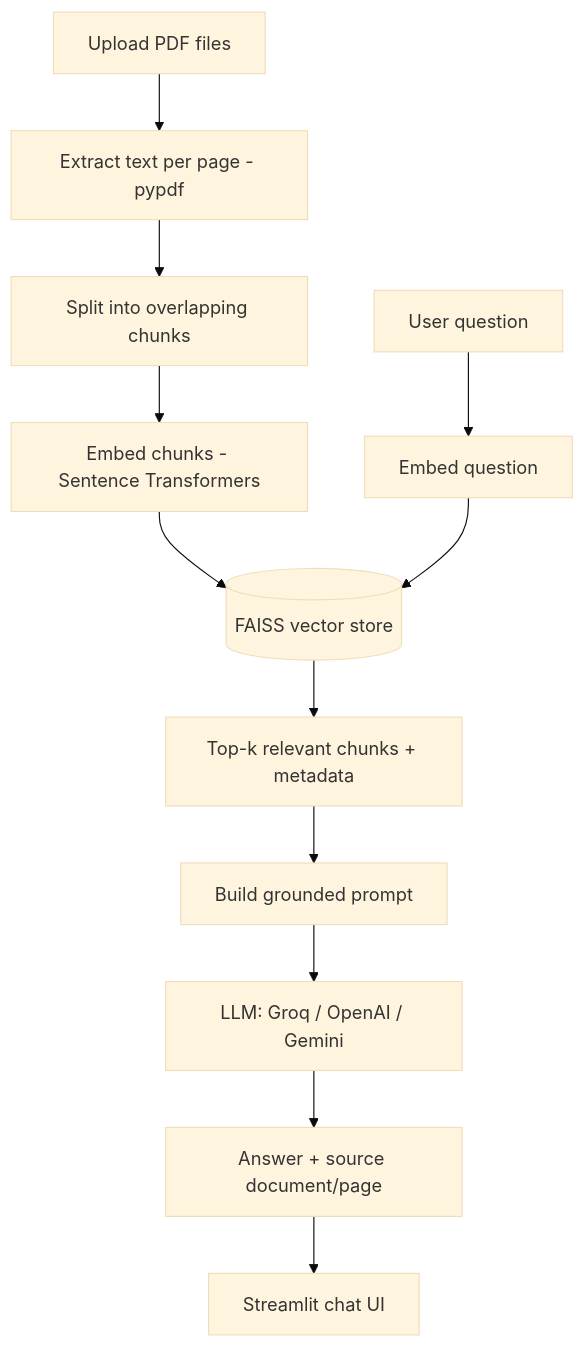
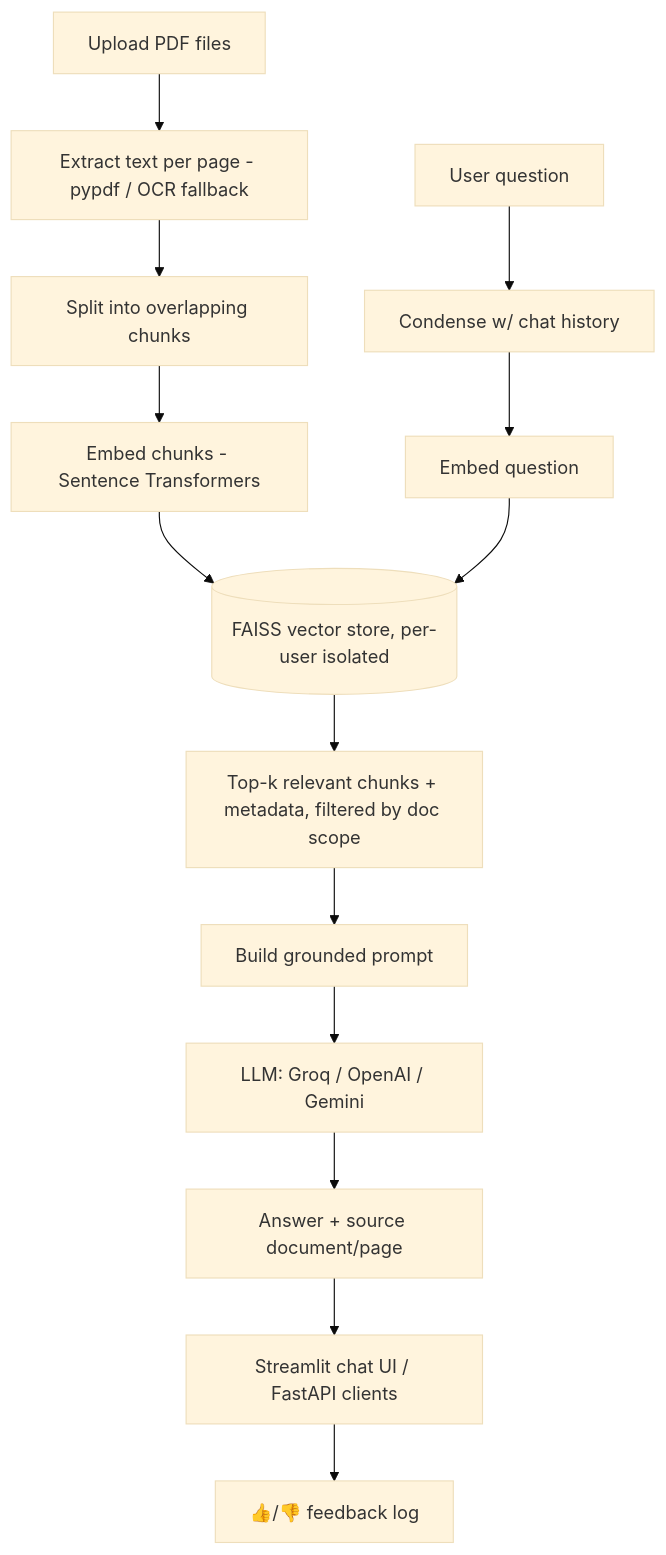
Before and after one commit to tanush-2008/RAG-Chatbot: the diagram in README.md, drawn with Mermaid (base theme). The commit also changed other lines of this file and 1 other file, not shown here.

````diff
--- a/README.md
+++ b/README.md
@@ -28,14 +52,16 @@
 ```mermaid
 flowchart TD
-    A[Upload PDF files] --> B[Extract text per page - pypdf]
+    A[Upload PDF files] --> B[Extract text per page - pypdf / OCR fallback]
     B --> C[Split into overlapping chunks]
     C --> D[Embed chunks - Sentence Transformers]
-    D --> E[(FAISS vector store)]
-    F[User question] --> G[Embed question]
-    G --> E
-    E --> H[Top-k relevant chunks + metadata]
-    H --> I[Build grounded prompt]
-    I --> J[LLM: Groq / OpenAI / Gemini]
-    J --> K[Answer + source document/page]
-    K --> L[Streamlit chat UI]
+    D --> E[(FAISS vector store, per-user isolated)]
+    F[User question] --> G[Condense w/ chat history]
+    G --> H[Embed question]
+    H --> E
+    E --> I[Top-k relevant chunks + metadata, filtered by doc scope]
+    I --> J[Build grounded prompt]
+    J --> K[LLM: Groq / OpenAI / Gemini]
+    K --> L[Answer + source document/page]
+    L --> M[Streamlit chat UI / FastAPI clients]
+    M --> N[👍/👎 feedback log]
 ```
````
